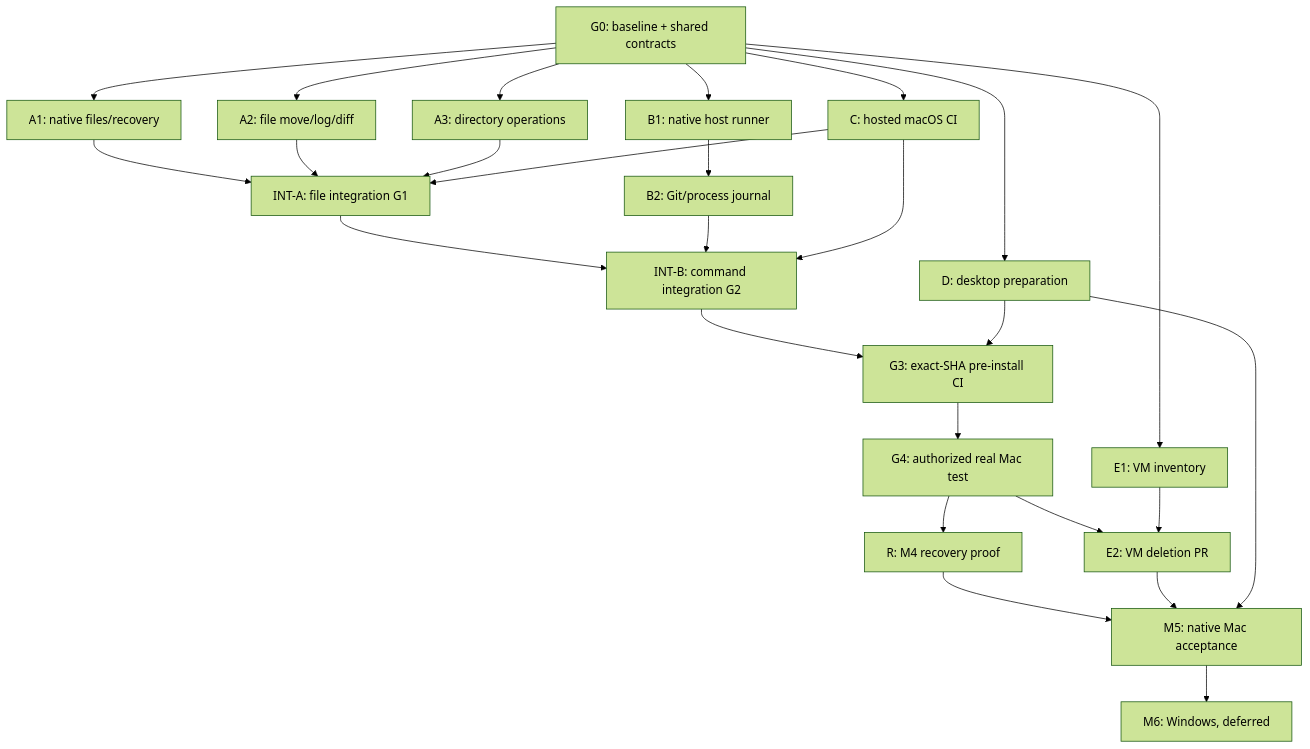
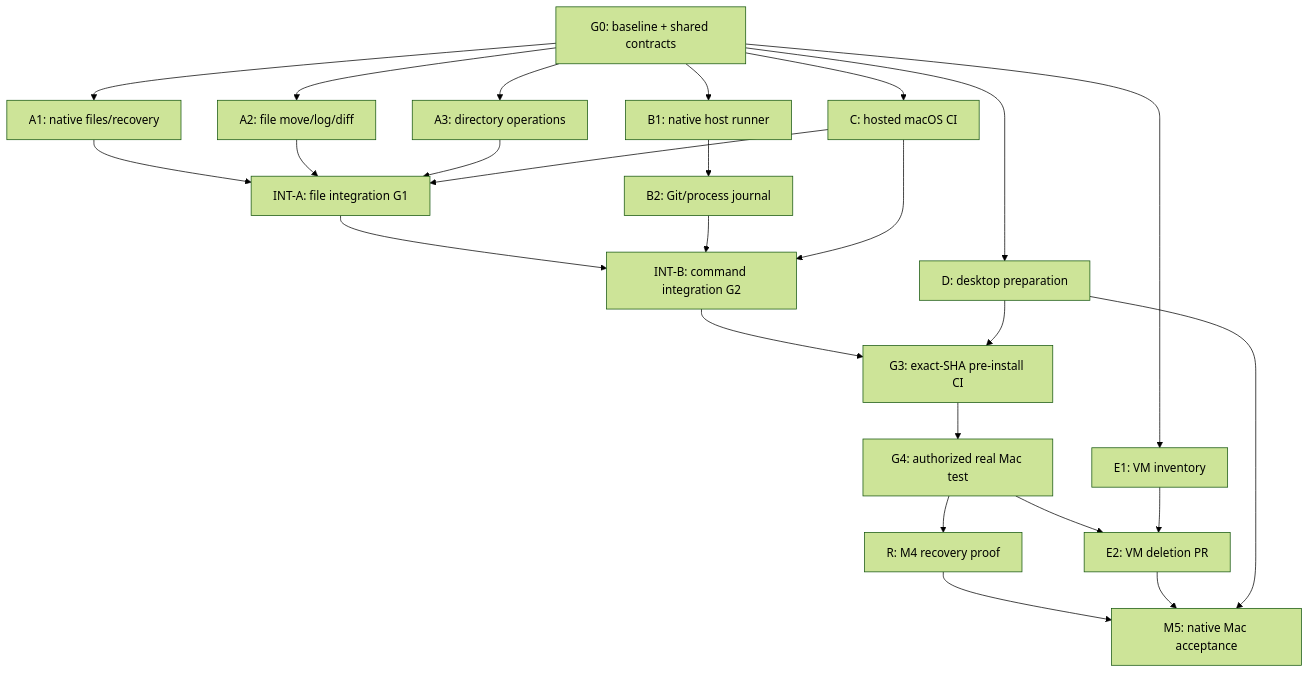
The diagram in docs/MILESTONES.md (thebimhouseinfo-sudo/GSA-Localconnector), drawn with Mermaid (forest theme) before and after one commit. The commit also changed other lines of this file, not shown here.

Commit message:
docs: scope active plan to Mac only; defer Windows to new future phase

````diff
--- a/docs/MILESTONES.md
+++ b/docs/MILESTONES.md
@@ -117,30 +110,28 @@
 ```mermaid
 flowchart TD
     G0["G0: baseline + shared contracts"]
     A1["A1: native files/recovery"]
     A2["A2: file move/log/diff"]
     A3["A3: directory operations"]
     B1["B1: native host runner"]
     B2["B2: Git/process journal"]
     C["C: hosted macOS CI"]
     D["D: desktop preparation"]
     E1["E1: VM inventory"]
     IA["INT-A: file integration G1"]
     IB["INT-B: command integration G2"]
     G3["G3: exact-SHA pre-install CI"]
     G4["G4: authorized real Mac test"]
     R["R: M4 recovery proof"]
     E2["E2: VM deletion PR"]
     M5["M5: native Mac acceptance"]
-    M6["M6: Windows, deferred"]
     G0 --> A1 & A2 & A3 & B1 & C & D & E1
     B1 --> B2
     A1 & A2 & A3 & C --> IA
     IA & B2 & C --> IB
     IB & D --> G3
     G3 --> G4
     G4 --> R & E2
     E1 --> E2
     R & E2 & D --> M5
-    M5 --> M6
 ```
````
